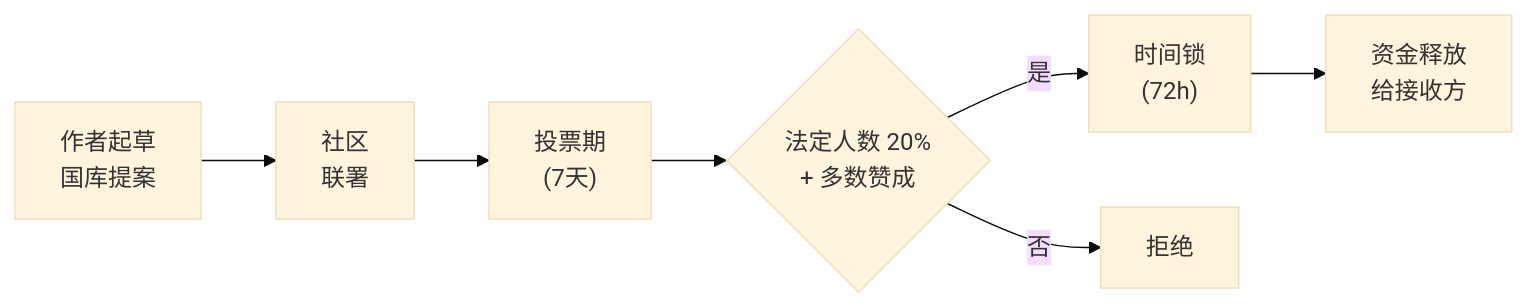
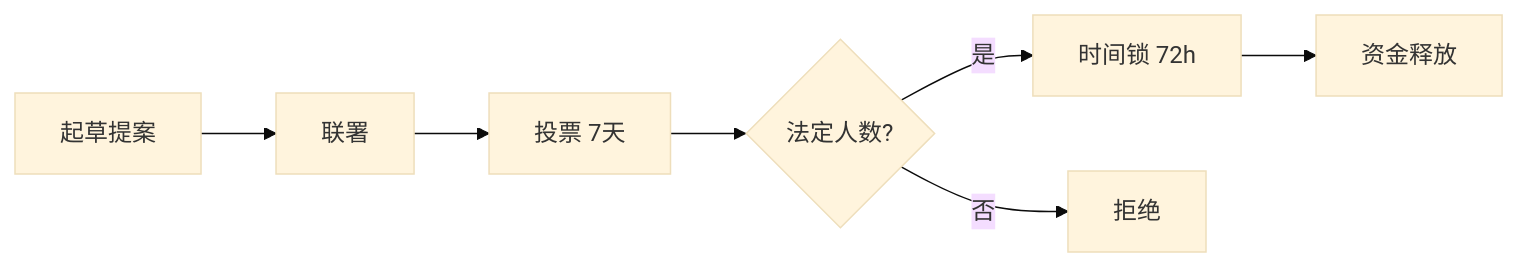
One commit to claw-network/clawnet changed the third of 3 diagrams in packages/docs/content/docs/getting-started/core-concepts/dao.zh.md. Above: the diagram before and after it, drawn with Mermaid (base theme). The commit also changed other lines of this file and 14 other files, not shown here.

First line of the commit message:
Refactor diagrams and improve clarity in DAO, Identity, Markets, Reputation, Service Contracts, and Wallet documentation

````diff
--- a/packages/docs/content/docs/getting-started/core-concepts/dao.zh.md
+++ b/packages/docs/content/docs/getting-started/core-concepts/dao.zh.md
@@ -140,9 +136,9 @@
 ```mermaid
 flowchart LR
-    A["作者起草\n国库提案"] --> B["社区\n联署"]
-    B --> C["投票期\n(7天)"]
-    C --> D{"法定人数 20%\n + 多数赞成"}
-    D -->|是| E["时间锁\n(72h)"]
-    D -->|否| F["拒绝"]
-    E --> G["资金释放\n给接收方"]
+    A[起草提案] --> B[联署]
+    B --> C[投票 7天]
+    C --> D{法定人数?}
+    D -->|是| E[时间锁 72h]
+    D -->|否| F[拒绝]
+    E --> G[资金释放]
 ```
````
